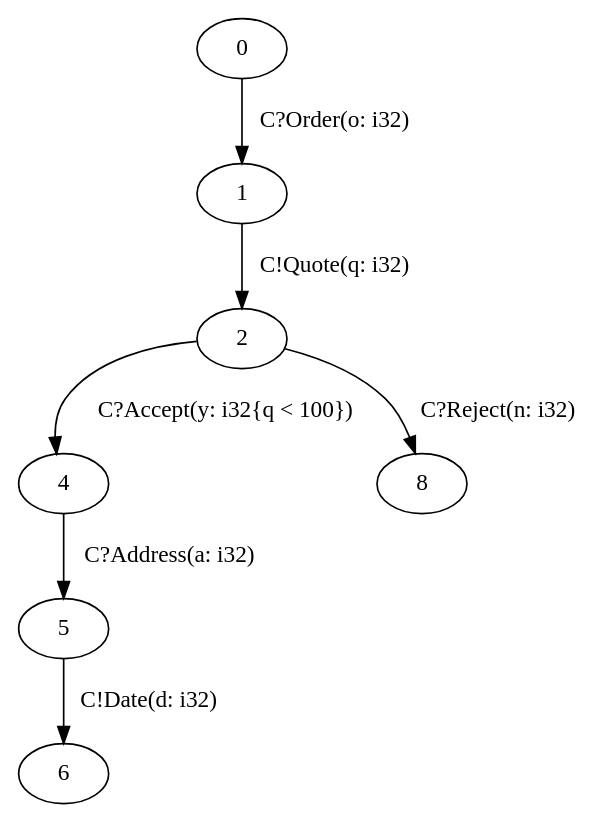
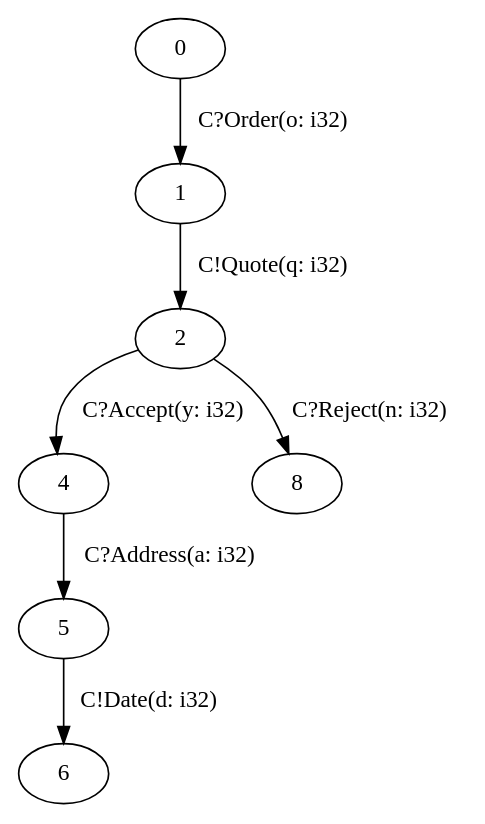
One commit to qixi5703/rumpsteak changed the diagram in examples/Running examples/travel_agency/A_expected.dot. Above: the diagram before and after it, drawn with Graphviz. The commit also changed other lines of this file and 2 other files, not shown here.

```diff
--- a/examples/Running examples/travel_agency/A_expected.dot
+++ b/examples/Running examples/travel_agency/A_expected.dot
@@ -1,18 +1,18 @@
 digraph A {
   0;
   1;
   2;
   4;
   5;
   6;
   8;
   
   
   0 -> 1 [label="C?Order(o: i32)", ];
   1 -> 2 [label="C!Quote(q: i32)", ];
-  2 -> 4 [label="C?Accept(y: i32{q < 100})", ];
+  2 -> 4 [label="C?Accept(y: i32)", ];
   2 -> 8 [label="C?Reject(n: i32)", ];
   4 -> 5 [label="C?Address(a: i32)", ];
   5 -> 6 [label="C!Date(d: i32)", ];
   
   }
```
